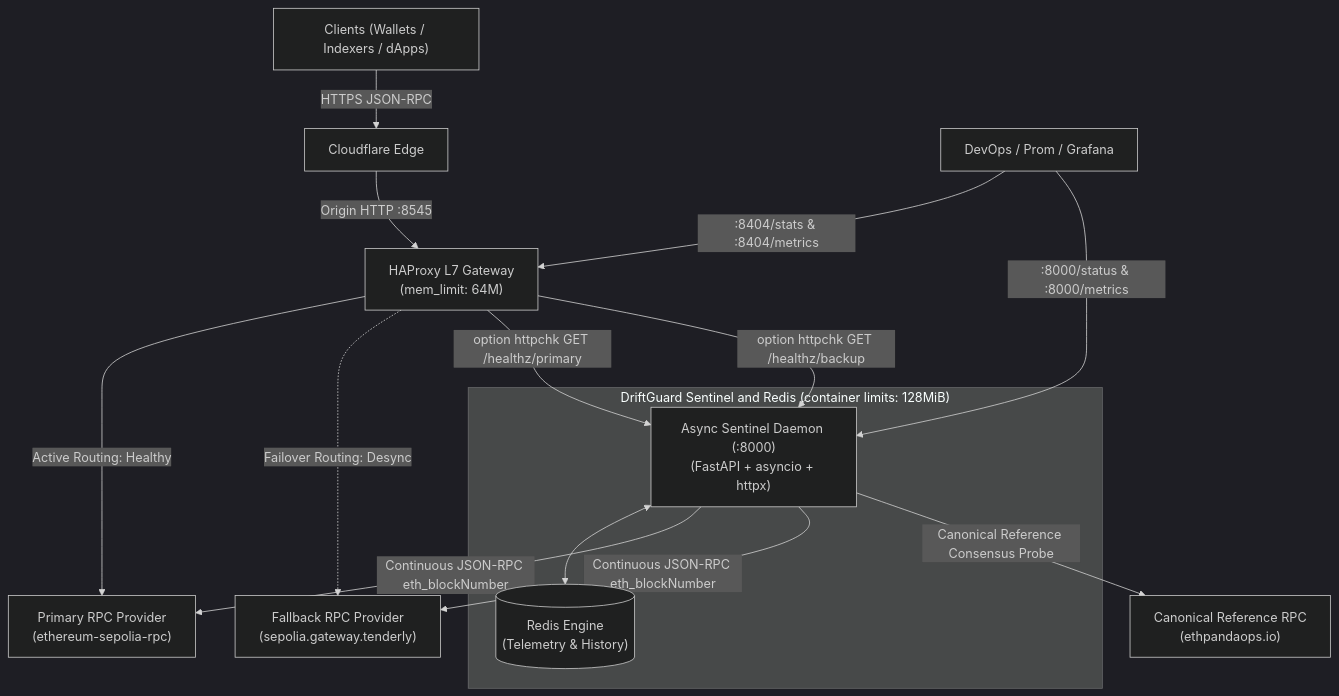
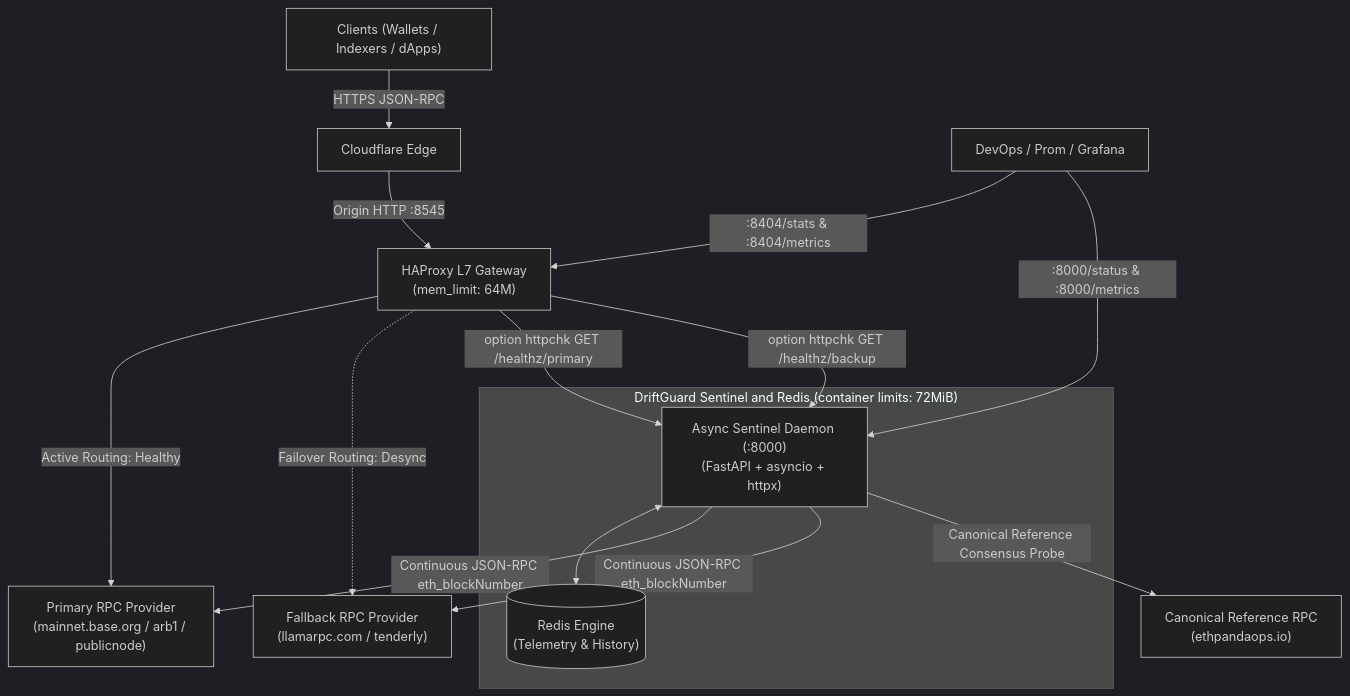
Before and after one commit to maskalfreeup-glitch/driftguard: the diagram in README.md, drawn with Mermaid (dark theme). The commit also changed other lines of this file and 19 other files, not shown here.

Commit message:
feat(core): multi-chain ingress routing, sub-400ms failover, and zero-overhead discord alerting

````diff
--- a/README.md
+++ b/README.md
@@ -95,24 +78,24 @@
 ```mermaid
 flowchart TD
     Client["Clients (Wallets / Indexers / dApps)"] -->|HTTPS JSON-RPC| CF["Cloudflare Edge"]
     CF -->|Origin HTTP :8545| HAP["HAProxy L7 Gateway\n(mem_limit: 64M)"]
     
-    HAP -->|Active Routing: Healthy| P["Primary RPC Provider\n(ethereum-sepolia-rpc)"]
-    HAP -.->|Failover Routing: Desync| F["Fallback RPC Provider\n(sepolia.gateway.tenderly)"]
+    HAP -->|Active Routing: Healthy| P["Primary RPC Provider\n(mainnet.base.org / arb1 / publicnode)"]
+    HAP -.->|Failover Routing: Desync| F["Fallback RPC Provider\n(llamarpc.com / tenderly)"]
     
-    subgraph Sentinel_Engine ["DriftGuard Sentinel and Redis (container limits: 128MiB)"]
+    subgraph Sentinel_Engine ["DriftGuard Sentinel and Redis (container limits: 72MiB)"]
         S["Async Sentinel Daemon (:8000)\n(FastAPI + asyncio + httpx)"]
         R[("Redis Engine\n(Telemetry & History)")]
         S <--> R
     end
 
     S -->|Continuous JSON-RPC eth_blockNumber| P
     S -->|Continuous JSON-RPC eth_blockNumber| F
     S -->|Canonical Reference Consensus Probe| C["Canonical Reference RPC\n(ethpandaops.io)"]
     
     HAP -->|option httpchk GET /healthz/primary| S
     HAP -->|option httpchk GET /healthz/backup| S
 
     Operator["DevOps / Prom / Grafana"] -->|:8404/stats & :8404/metrics| HAP
     Operator -->|:8000/status & :8000/metrics| S
 ```
````
